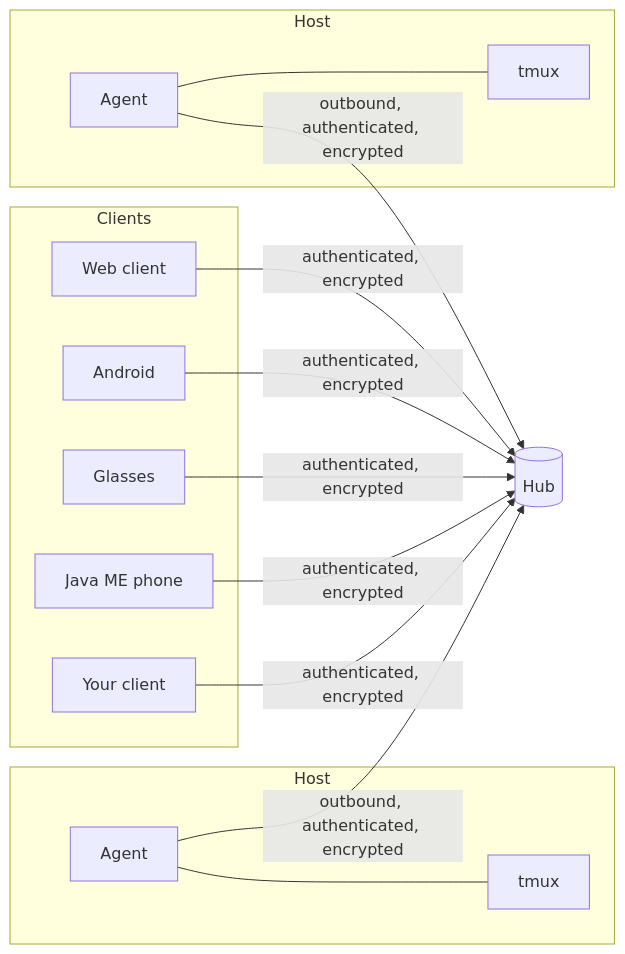
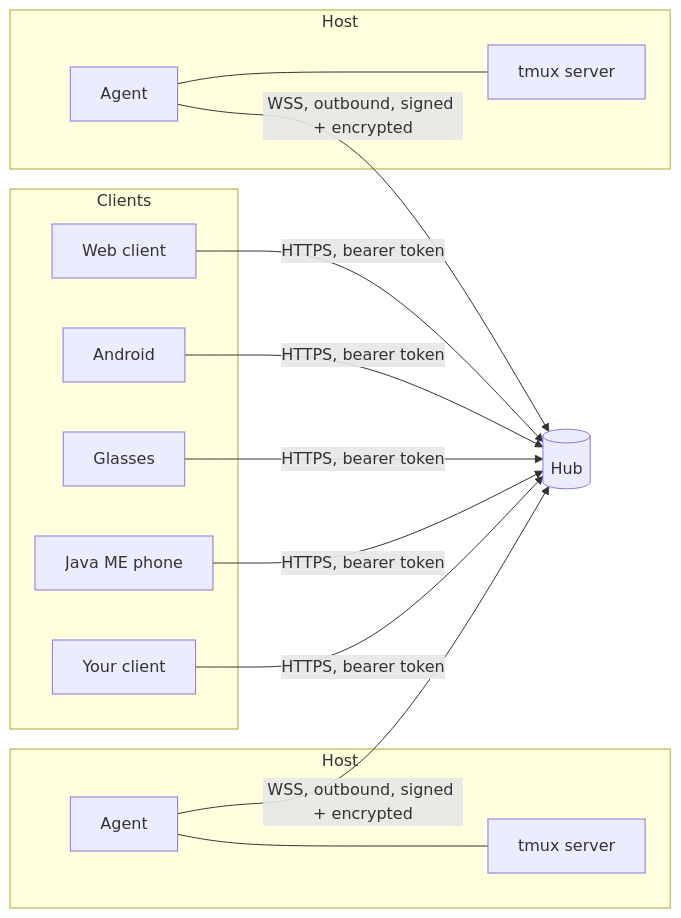
One commit to notmarkopadjen/muxway changed the first of 7 diagrams in docs/ARCHITECTURE.md. Above: the diagram before and after it, drawn with Mermaid. The commit also changed other lines of this file and 7 other files, not shown here.

Commit message:
Architecture, protocol v1 and feature docs

````diff
--- a/docs/ARCHITECTURE.md
+++ b/docs/ARCHITECTURE.md
@@ -8,20 +9,20 @@
 ```mermaid
 flowchart LR
     subgraph Clients
         W[Web client]
         AN[Android]
         G[Glasses]
         J[Java ME phone]
         X[Your client]
     end
     H[(Hub)]
     subgraph Host_1[Host]
-        A1[Agent] --- T1[tmux]
+        A1[Agent] --- T1[tmux server]
     end
     subgraph Host_2[Host]
-        A2[Agent] --- T2[tmux]
+        A2[Agent] --- T2[tmux server]
     end
-    W & AN & G & J & X -- authenticated, encrypted --> H
-    A1 -- outbound, authenticated, encrypted --> H
-    A2 -- outbound, authenticated, encrypted --> H
+    W & AN & G & J & X -- "HTTPS, bearer token" --> H
+    A1 -- "WSS, outbound, signed + encrypted" --> H
+    A2 -- "WSS, outbound, signed + encrypted" --> H
 ```
````
